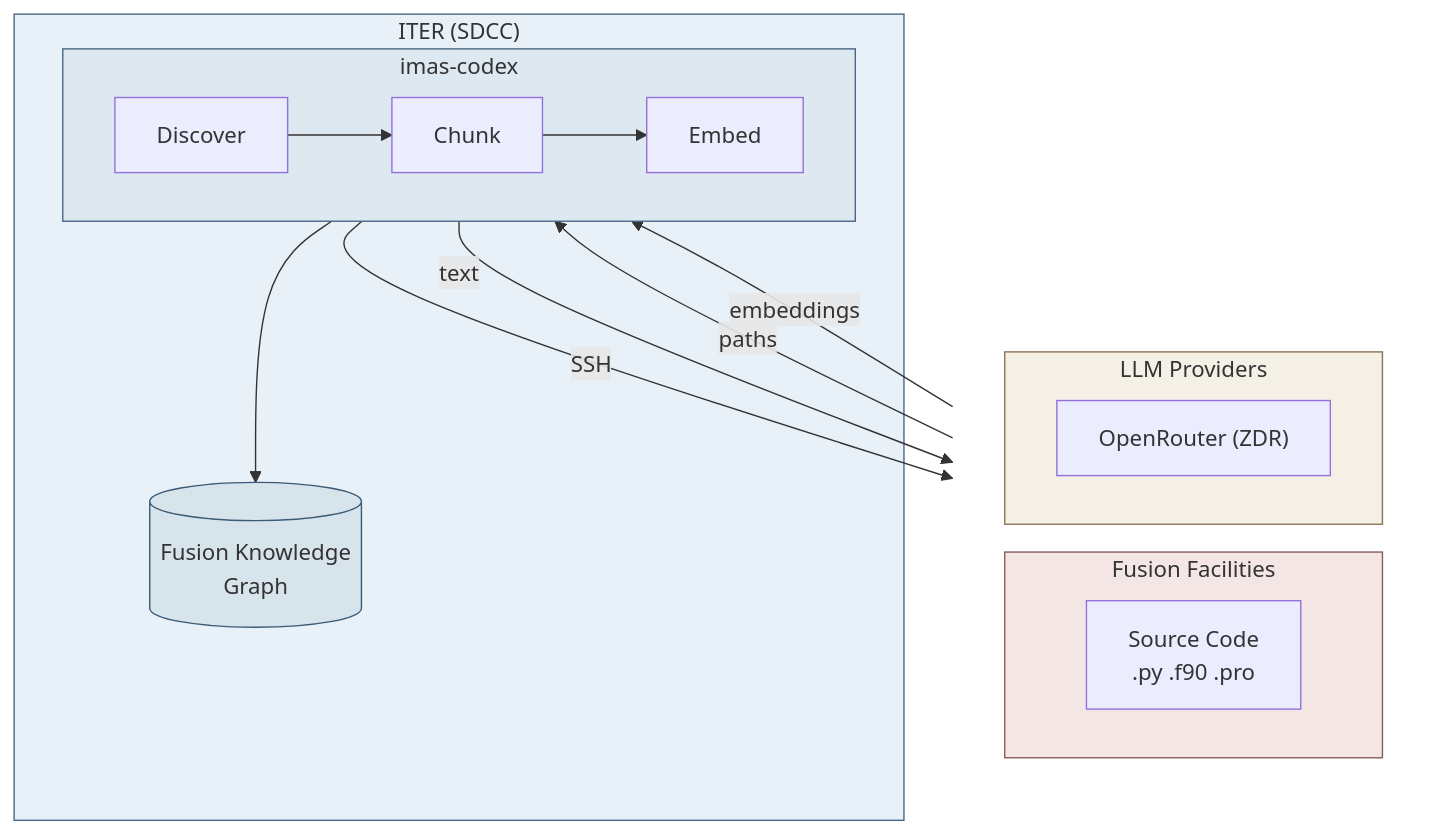
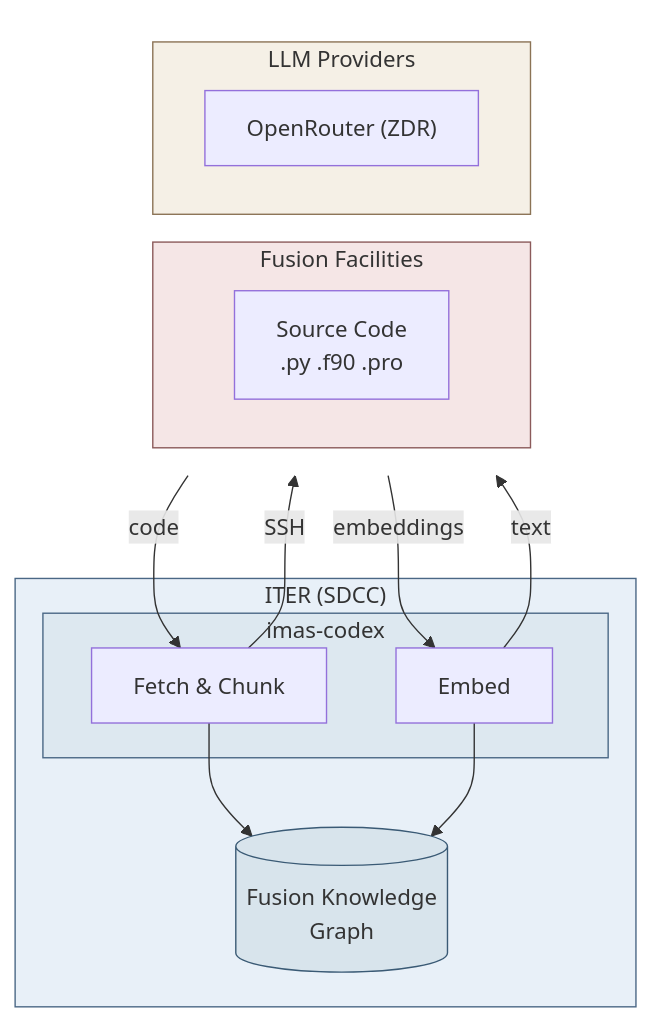
The third of 5 diagrams in docs/architecture/facility-access.md (iterorganization/imas-mcp), drawn with Mermaid before and after one commit. The commit also changed other lines of this file, not shown here.

First line of the commit message:
docs: simplify pipeline diagrams to 2-node hero structure

````diff
--- a/docs/architecture/facility-access.md
+++ b/docs/architecture/facility-access.md
@@ -127,38 +127,36 @@
 ```mermaid
 flowchart TB
     subgraph TOP[" "]
         direction LR
         subgraph FAC["Fusion Facilities"]
             CODE["Source Code
 .py .f90 .pro"]
         end
         subgraph LLM["LLM Providers"]
             L["OpenRouter (ZDR)"]
         end
     end
 
     subgraph ITER["ITER (SDCC)"]
         subgraph BUILD["imas-codex"]
-            direction LR
-            DISCOVER["Discover"]
-            CHUNK["Chunk"]
+            FETCH["Fetch & Chunk"]
             EMBED["Embed"]
         end
         GRAPH[("Fusion Knowledge
 Graph")]
     end
 
-    CODE -- "paths" --> DISCOVER
-    DISCOVER -- "SSH" --> CODE
+    CODE -- "code" --> FETCH
+    FETCH -- "SSH" --> CODE
+    FETCH --> GRAPH
     EMBED --> GRAPH
     L -- "embeddings" --> EMBED
     EMBED -- "text" --> L
-    DISCOVER --> CHUNK --> EMBED
 
     style TOP fill:none,stroke:none
     style FAC fill:#f5e6e6,stroke:#8b5a5a
     style LLM fill:#f5f0e6,stroke:#8b7355
     style ITER fill:#e8f0f8,stroke:#4a6785
     style BUILD fill:#dde8f0,stroke:#4a6785
     style GRAPH fill:#d8e4ec,stroke:#3a5a75
 ```
````
